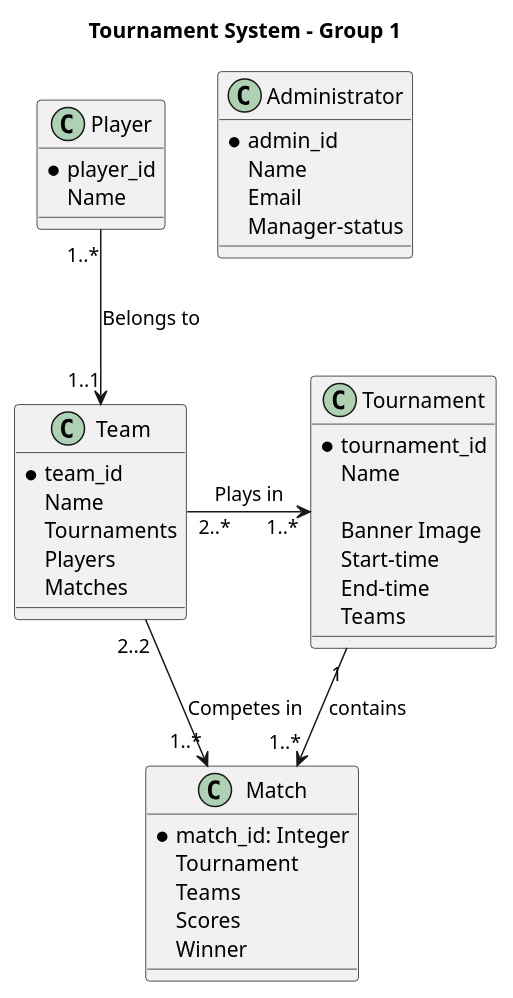
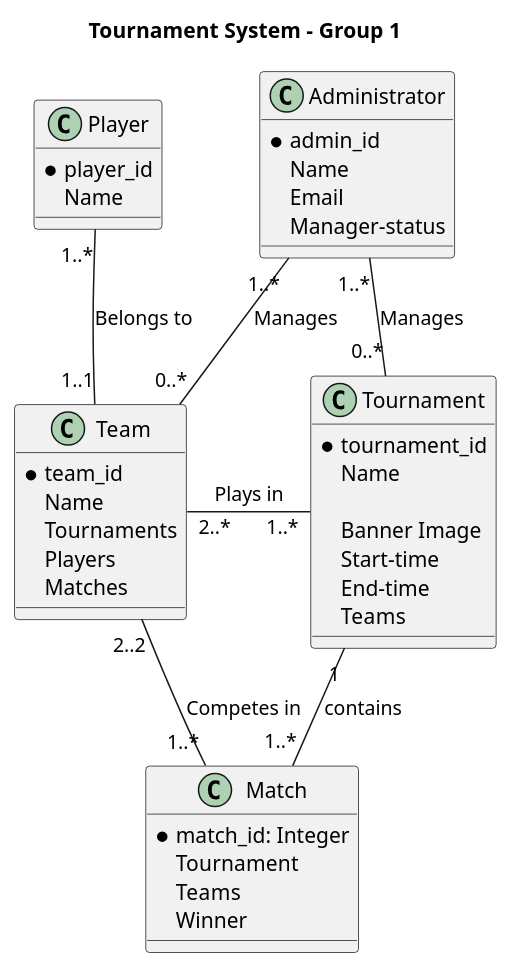
The diagram in documentation/domainModel.puml (felixalbrigtsen/asura-tmdb), drawn with PlantUML before and after one commit. The commit also changed 1 other file, not shown here.

Commit message:
Update diagrams after superviser feedback

```diff
--- a/documentation/domainModel.puml
+++ b/documentation/domainModel.puml
@@ -1,46 +1,49 @@
 @startuml Tournament System
 title Tournament System - Group 1 
 
 class Match {
     *match_id: Integer
     Tournament
     Teams
-    Scores
     Winner
 }
+
 class Team {
     *team_id
     Name
     Tournaments
     Players
     Matches
 }
+
 class Player {
     *player_id
     Name
 }
 
 class Tournament {
     *tournament_id
     Name
     
     Banner Image
     Start-time
     End-time
     Teams
 }
 
 class Administrator {
     *admin_id
     Name
     Email
     Manager-status
 }
 
-Team "2..*" -> "1..*" Tournament : "Plays in"
-Tournament "1" --> "1..*" Match : contains
-Player "1..*" --> "1..1" Team : "Belongs to"
-Team "2..2" --> "1..*" Match : "Competes in"
+Team "2..*" - "1..*" Tournament : "Plays in"
+Tournament "1" -- "1..*" Match : contains
+Player "1..*" -- "1..1" Team : "Belongs to"
+Team "2..2" -- "1..*" Match : "Competes in"
 
+Administrator "1..*" -- "0..*" Tournament : "Manages"
+Administrator "1..*" -- "0..*" Team : "Manages"
 
 @enduml
```
